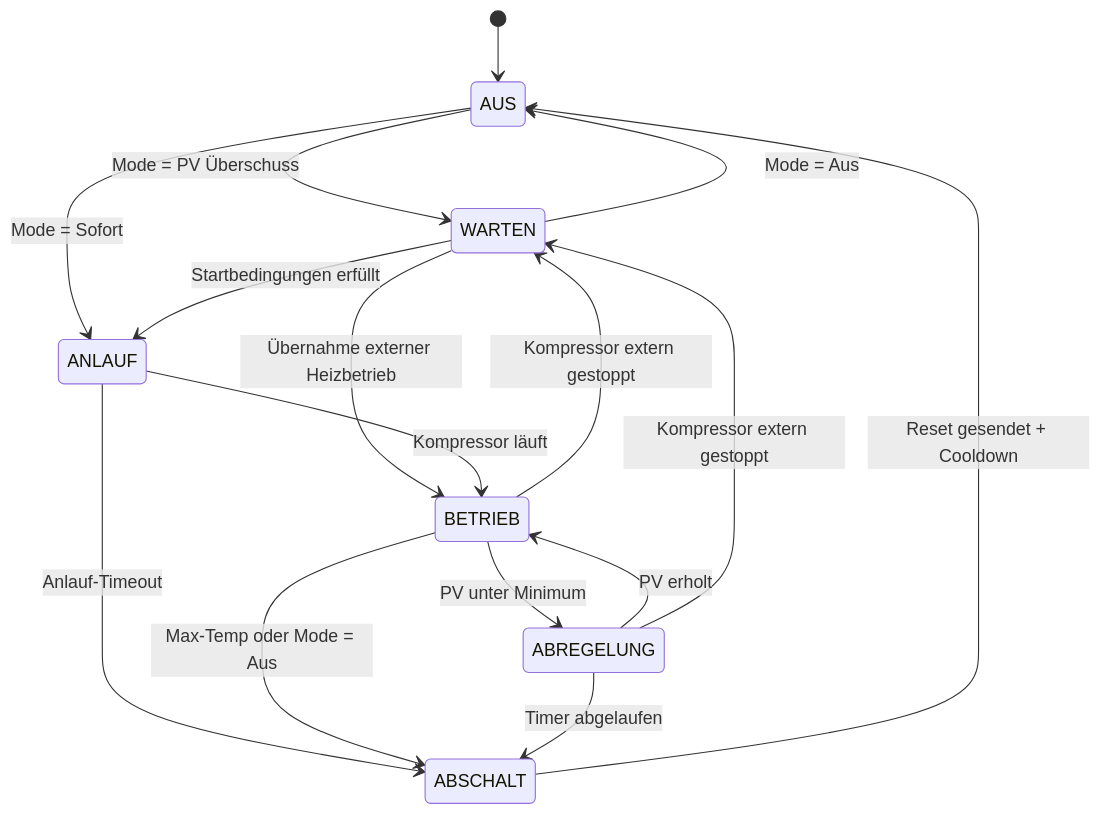
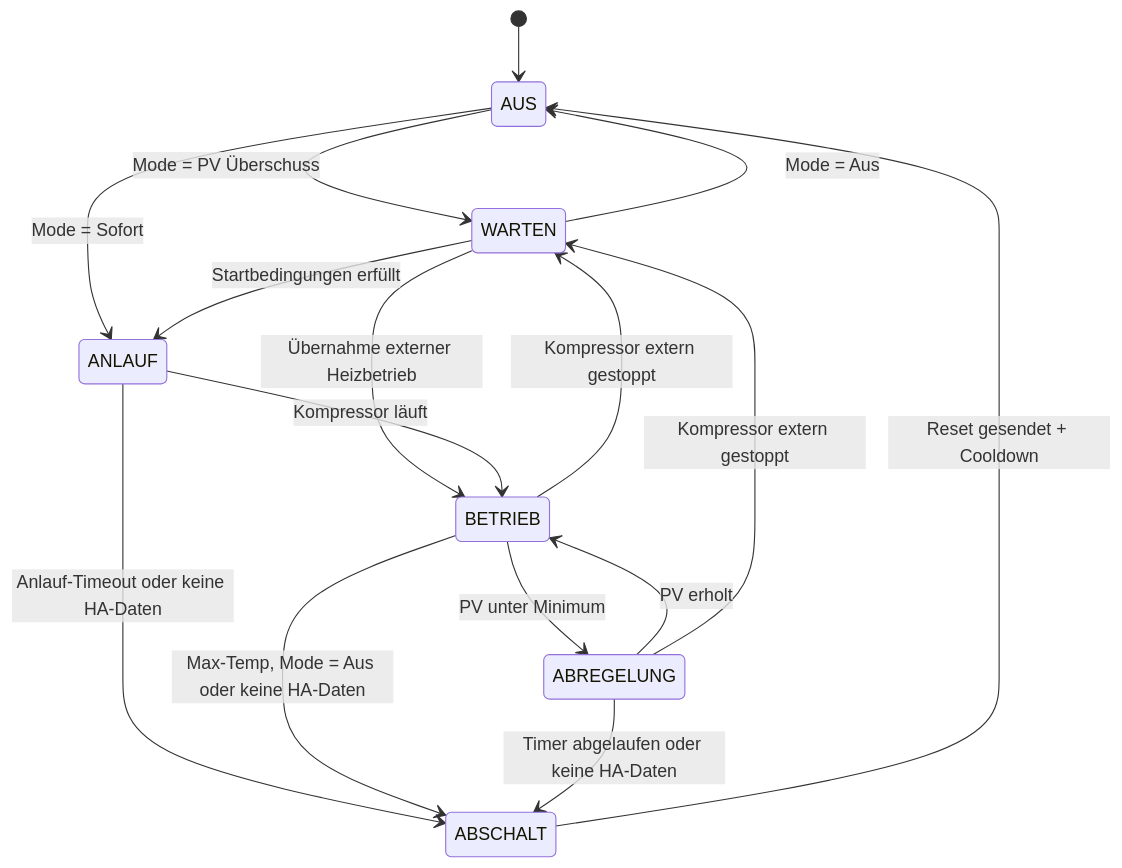
The diagram in pv_wp_control/README.md (tsgwiro1/rwi_ha_apps), drawn with Mermaid before and after one commit. The commit also changed other lines of this file and 8 other files, not shown here.

````diff
--- a/pv_wp_control/README.md
+++ b/pv_wp_control/README.md
@@ -101,18 +101,18 @@
 ```mermaid
 stateDiagram-v2
     [*] --> AUS
     AUS --> WARTEN : Mode = PV Überschuss
     AUS --> ANLAUF : Mode = Sofort
     WARTEN --> ANLAUF : Startbedingungen erfüllt
     WARTEN --> BETRIEB : Übernahme externer Heizbetrieb
     WARTEN --> AUS : Mode = Aus
     ANLAUF --> BETRIEB : Kompressor läuft
-    ANLAUF --> ABSCHALT : Anlauf-Timeout
+    ANLAUF --> ABSCHALT : Anlauf-Timeout oder keine HA-Daten
     BETRIEB --> ABREGELUNG : PV unter Minimum
-    BETRIEB --> ABSCHALT : Max-Temp oder Mode = Aus
+    BETRIEB --> ABSCHALT : Max-Temp, Mode = Aus oder keine HA-Daten
     BETRIEB --> WARTEN : Kompressor extern gestoppt
     ABREGELUNG --> BETRIEB : PV erholt
-    ABREGELUNG --> ABSCHALT : Timer abgelaufen
+    ABREGELUNG --> ABSCHALT : Timer abgelaufen oder keine HA-Daten
     ABREGELUNG --> WARTEN : Kompressor extern gestoppt
     ABSCHALT --> AUS : Reset gesendet + Cooldown
 ```
````
